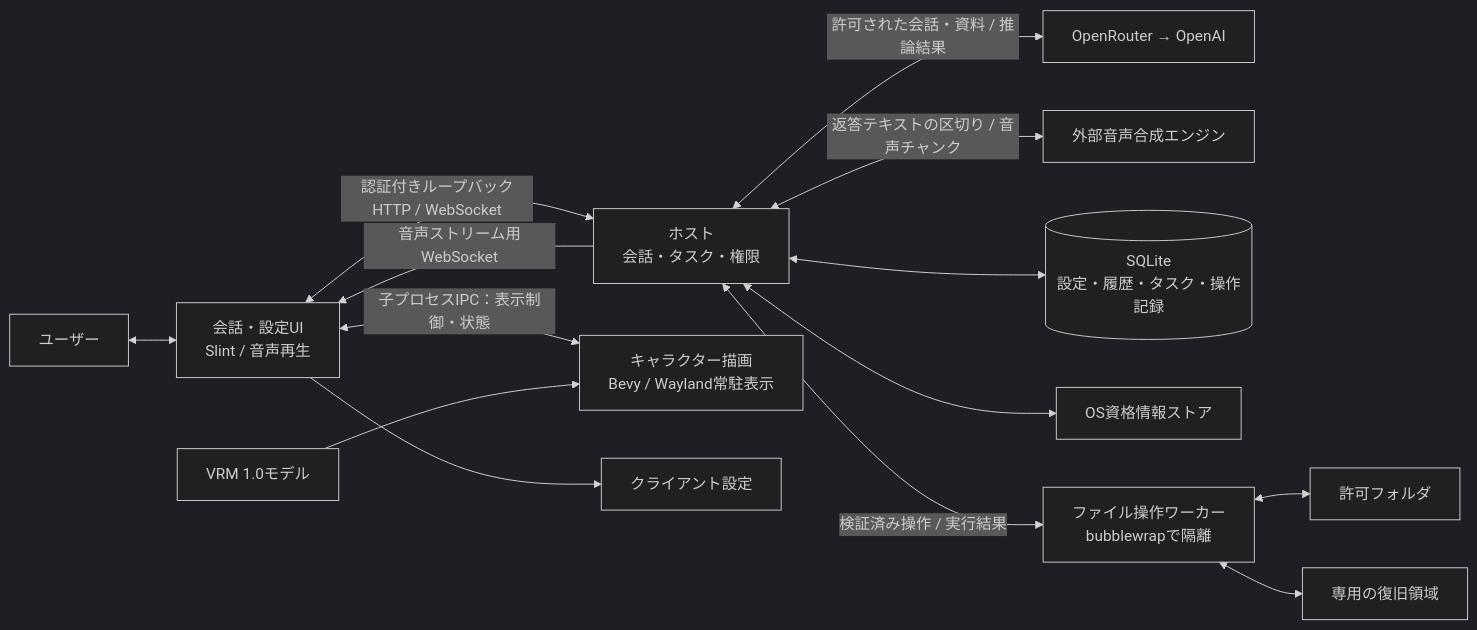
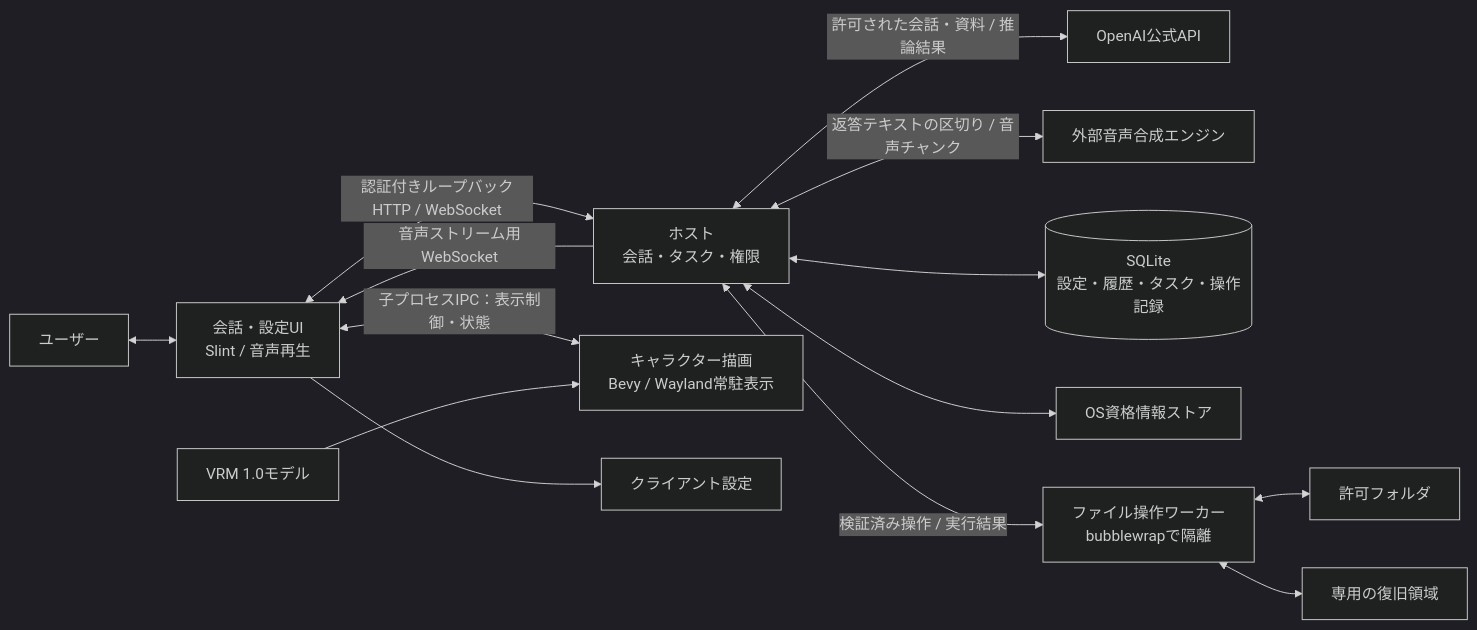
One commit to pexisgle/ene-v2 changed the diagram in docs/design/architecture.md. Above: the diagram before and after it, drawn with Mermaid (dark theme). The commit also changed other lines of this file and 126 other files, not shown here.

````diff
--- a/docs/design/architecture.md
+++ b/docs/design/architecture.md
@@ -33,16 +59,16 @@
 ```mermaid
 flowchart LR
     User[ユーザー] <--> UI["会話・設定UI<br/>Slint / 音声再生"]
     UI <-->|認証付きループバックHTTP / WebSocket| Host["ホスト<br/>会話・タスク・権限"]
     UI <-->|子プロセスIPC：表示制御・状態| Avatar["キャラクター描画<br/>Bevy / Wayland常駐表示"]
     UI --> Local[クライアント設定]
     VRM[VRM 1.0モデル] --> Avatar
-    Host <-->|許可された会話・資料 / 推論結果| AI[OpenRouter → OpenAI]
+    Host <-->|許可された会話・資料 / 推論結果| AI[OpenAI公式API]
     Host <-->|返答テキストの区切り / 音声チャンク| Voice[外部音声合成エンジン]
     Host -->|音声ストリーム用WebSocket| UI
     Host <--> DB[("SQLite<br/>設定・履歴・タスク・操作記録")]
     Host <--> Secrets[OS資格情報ストア]
     Host <-->|検証済み操作 / 実行結果| Worker["ファイル操作ワーカー<br/>bubblewrapで隔離"]
     Worker <--> Folder[許可フォルダ]
     Worker <--> Backup[専用の復旧領域]
 ```
````
